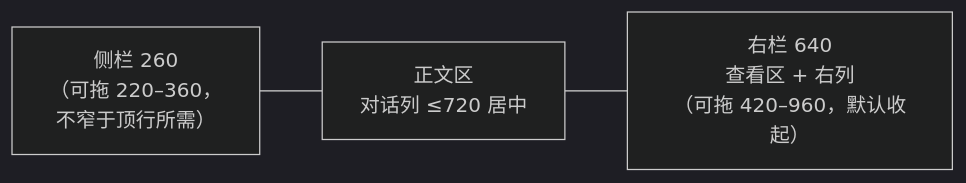
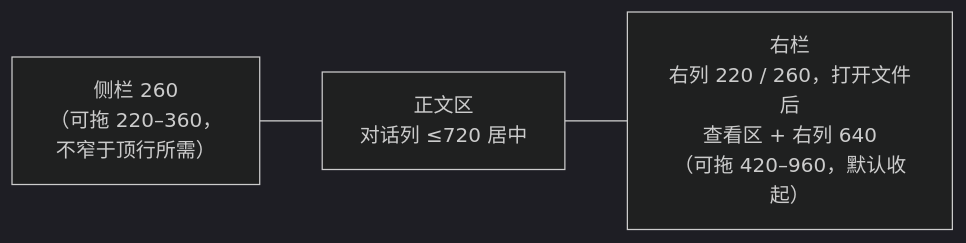
The first of 2 diagrams in docs/design/0024-desktop-layout.md (yangflow/hoplet), drawn with Mermaid (dark theme) before and after one commit. The commit also changed other lines of this file and 3 other files, not shown here.

````diff
--- a/docs/design/0024-desktop-layout.md
+++ b/docs/design/0024-desktop-layout.md
@@ -16,4 +16,4 @@
 ```mermaid
 flowchart LR
-    S["侧栏 260<br/>（可拖 220–360，<br/>不窄于顶行所需）"] --- C["正文区<br/>对话列 ≤720 居中"] --- P["右栏 640<br/>查看区 + 右列<br/>（可拖 420–960，默认收起）"]
+    S["侧栏 260<br/>（可拖 220–360，<br/>不窄于顶行所需）"] --- C["正文区<br/>对话列 ≤720 居中"] --- P["右栏<br/>右列 220 / 260，打开文件后<br/>查看区 + 右列 640<br/>（可拖 420–960，默认收起）"]
 ```
````
